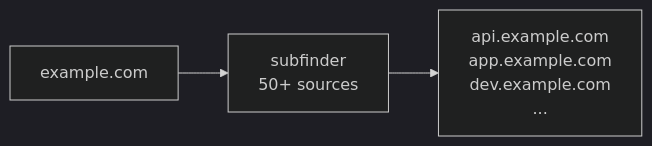
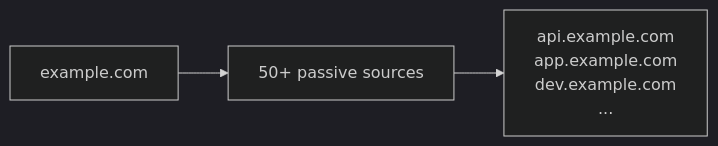
The seventh of 19 diagrams in README.md (Linuxhackingid-official/Gorecon), drawn with Mermaid (dark theme) before and after one commit. The commit also changed other lines of this file, not shown here.

Commit message:
fix: Layout flowchart TD + subgraph direction LR

````diff
--- a/README.md
+++ b/README.md
@@ -330,5 +330,5 @@
 ```mermaid
 flowchart LR
-    IN["example.com"] --> ENG["subfinder<br/>50+ sources"]
+    IN["example.com"] --> ENG["50+ passive sources"]
     ENG --> OUT["api.example.com<br/>app.example.com<br/>dev.example.com<br/>..."]
 ```
````
